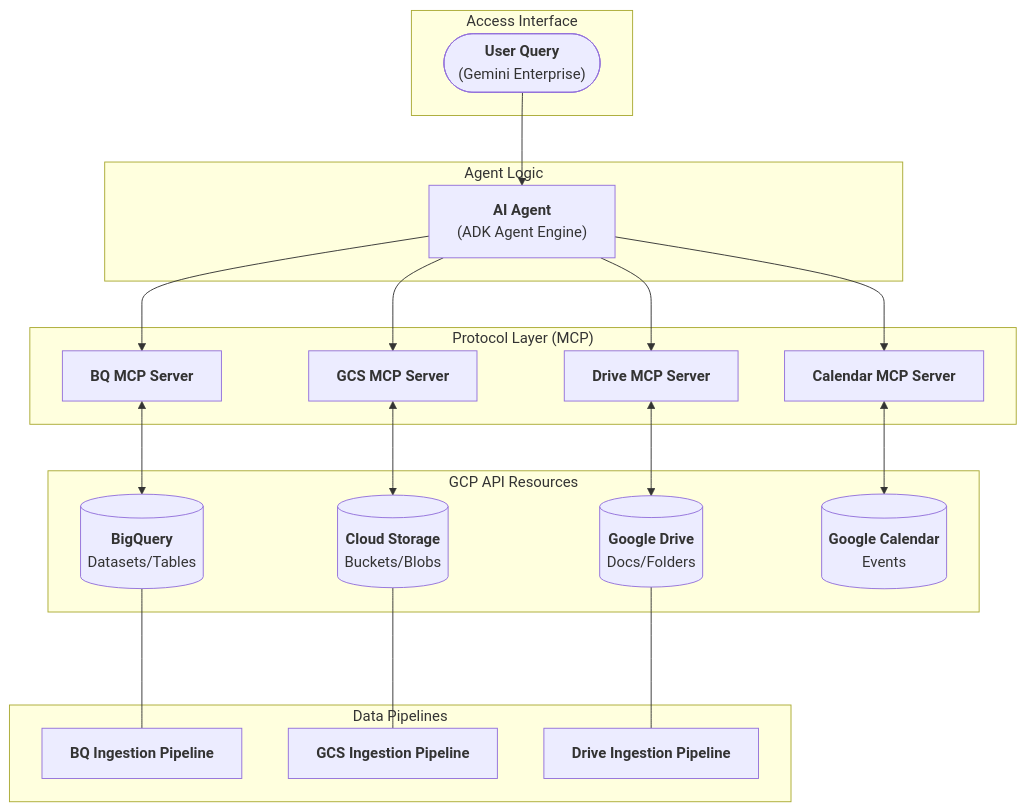
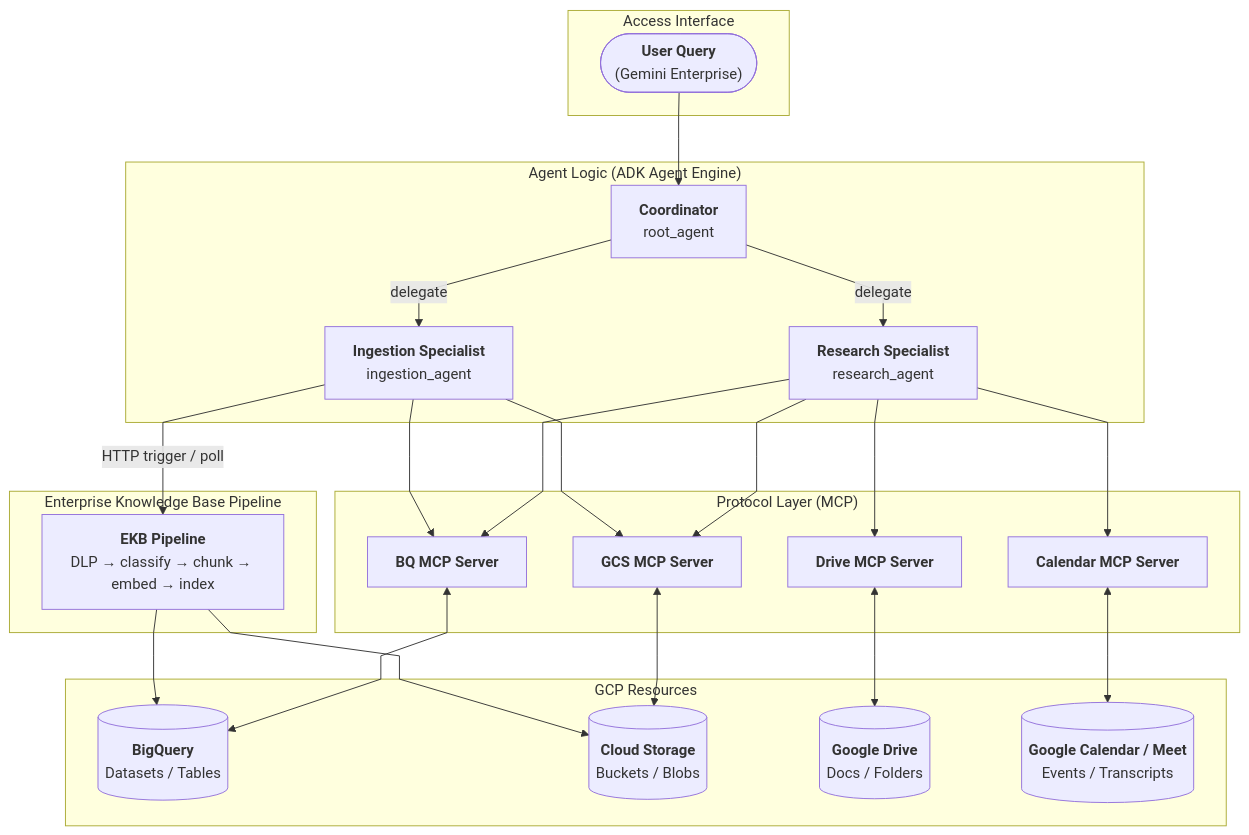
One commit to eamadorm-endava/Research-Agent changed the diagram in README.md. Above: the diagram before and after it, drawn with Mermaid. The commit also changed other lines of this file, not shown here.

Commit message:
Update main README

````diff
--- a/README.md
+++ b/README.md
@@ -34,47 +34,57 @@
 ```mermaid
+%%{init: {'flowchart': {'curve': 'linear'}}}%%
 graph TD
     subgraph Entry ["Access Interface"]
         User(["<b>User Query</b><br/>(Gemini Enterprise)"])
     end
 
-    subgraph Core ["Agent Logic"]
-        Agent["<b>AI Agent</b><br/>(ADK Agent Engine)"]
+    subgraph Core ["Agent Logic (ADK Agent Engine)"]
+        Coordinator["<b>Coordinator</b><br/>root_agent"]
+        ResSpec["<b>Research Specialist</b><br/>research_agent"]
+        IngSpec["<b>Ingestion Specialist</b><br/>ingestion_agent"]
+        Coordinator -->|delegate| ResSpec
+        Coordinator -->|delegate| IngSpec
     end
 
     subgraph Gateway ["Protocol Layer (MCP)"]
         BQ_MCP["<b>BQ MCP Server</b>"]
         GCS_MCP["<b>GCS MCP Server</b>"]
         Drive_MCP["<b>Drive MCP Server</b>"]
         Calendar_MCP["<b>Calendar MCP Server</b>"]
     end
 
-    subgraph Service ["GCP API Resources"]
-        BQ_Res[("<b>BigQuery</b><br/>Datasets/Tables")]
-        GCS_Res[("<b>Cloud Storage</b><br/>Buckets/Blobs")]
-        Drive_Res[("<b>Google Drive</b><br/>Docs/Folders")]
-        Calendar_Res[("<b>Google Calendar</b><br/>Events")]
+    subgraph Service ["GCP Resources"]
+        BQ_Res[("<b>BigQuery</b><br/>Datasets / Tables")]
+        GCS_Res[("<b>Cloud Storage</b><br/>Buckets / Blobs")]
+        Drive_Res[("<b>Google Drive</b><br/>Docs / Folders")]
+        Calendar_Res[("<b>Google Calendar / Meet</b><br/>Events / Transcripts")]
     end
 
-    subgraph Processing ["Data Pipelines"]
-        BQ_Pipe["<b>BQ Ingestion Pipeline</b>"]
-        GCS_Pipe["<b>GCS Ingestion Pipeline</b>"]
-        Drive_Pipe["<b>Drive Ingestion Pipeline</b>"]
+    subgraph EKBPipeline ["Enterprise Knowledge Base Pipeline"]
+        EKB["<b>EKB Pipeline</b><br/>DLP → classify → chunk → embed → index"]
     end
 
-    %% Flow through MCP
-    User --> Agent
-    Agent --> BQ_MCP
-    Agent --> GCS_MCP
-    Agent --> Drive_MCP
-    Agent --> Calendar_MCP
+    %% User entry
+    User --> Coordinator
 
+    %% Research agent MCP access
+    ResSpec --> BQ_MCP
+    ResSpec --> GCS_MCP
+    ResSpec --> Drive_MCP
+    ResSpec --> Calendar_MCP
+
+    %% Ingestion agent MCP + EKB access
+    IngSpec --> BQ_MCP
+    IngSpec --> GCS_MCP
+    IngSpec -->|HTTP trigger / poll| EKB
+
+    %% MCP ↔ GCP
     BQ_MCP <--> BQ_Res
     GCS_MCP <--> GCS_Res
     Drive_MCP <--> Drive_Res
     Calendar_MCP <--> Calendar_Res
 
-    %% Ingestion Flow (visually below Databases)
-    BQ_Res <--- BQ_Pipe
-    GCS_Res <--- GCS_Pipe
-    Drive_Res <--- Drive_Pipe
+    %% EKB writes to storage
+    EKB --> GCS_Res
+    EKB --> BQ_Res
 ```
````
